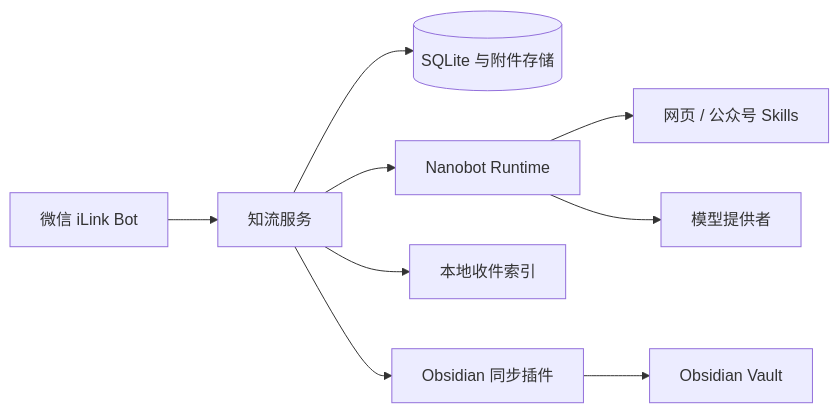
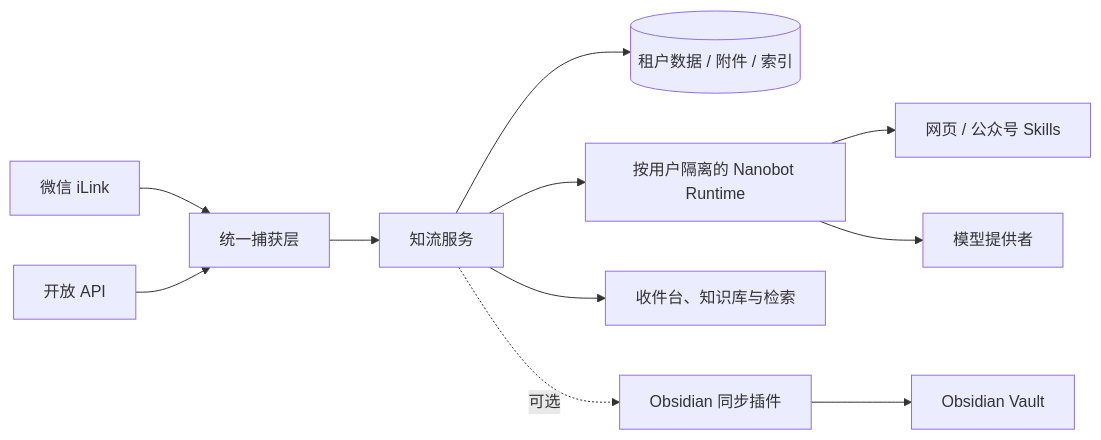
The diagram in README.md (qianshulab/knowledge-relay), drawn with Mermaid before and after one commit. The commit also changed other lines of this file and 51 other files, not shown here.

````diff
--- a/README.md
+++ b/README.md
@@ -27,11 +29,13 @@
 ```mermaid
 flowchart LR
-    W["微信 iLink Bot"] --> K["知流服务"]
-    K --> D[("SQLite 与附件存储")]
-    K --> N["Nanobot Runtime"]
+    W["微信 iLink"] --> C["统一捕获层"]
+    A["开放 API"] --> C
+    C --> K["知流服务"]
+    K --> D[("租户数据 / 附件 / 索引")]
+    K --> N["按用户隔离的 Nanobot Runtime"]
     N --> S["网页 / 公众号 Skills"]
     N --> M["模型提供者"]
-    K --> I["本地收件索引"]
-    K --> O["Obsidian 同步插件"]
+    K --> L["收件台、知识库与检索"]
+    K -. 可选 .-> O["Obsidian 同步插件"]
     O --> V["Obsidian Vault"]
 ```
````
